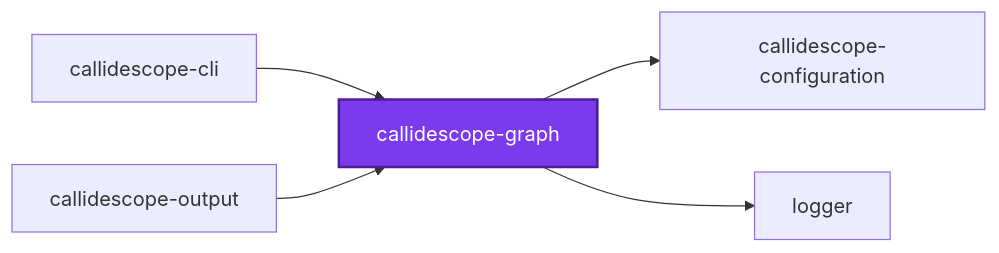
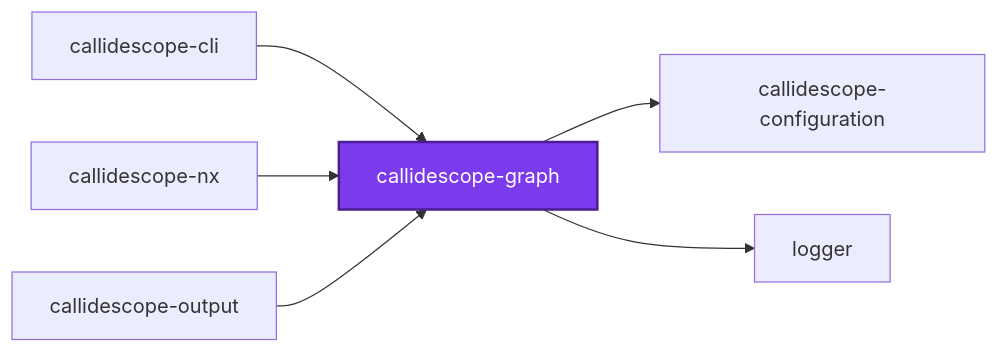
One commit to JimmyPaolini/codebase changed the first of 3 diagrams in packages/callidescope-graph/README.md. Above: the diagram before and after it, drawn with Mermaid. The commit also changed other lines of this file and 25 other files, not shown here.

````diff
--- a/packages/callidescope-graph/README.md
+++ b/packages/callidescope-graph/README.md
@@ -225,14 +225,16 @@
 ```mermaid
 graph LR
   callidescope_cli["callidescope-cli"]
   callidescope_configuration["callidescope-configuration"]
   callidescope_graph["callidescope-graph"]
+  callidescope_nx["callidescope-nx"]
   callidescope_output["callidescope-output"]
   logger["logger"]
   callidescope_cli --> callidescope_graph
   callidescope_graph --> callidescope_configuration
   callidescope_graph --> logger
+  callidescope_nx --> callidescope_graph
   callidescope_output --> callidescope_graph
   classDef subject fill:#7c3aed,color:#fff,stroke:#4c1d95,stroke-width:2px
   class callidescope_graph subject
 ```
````
